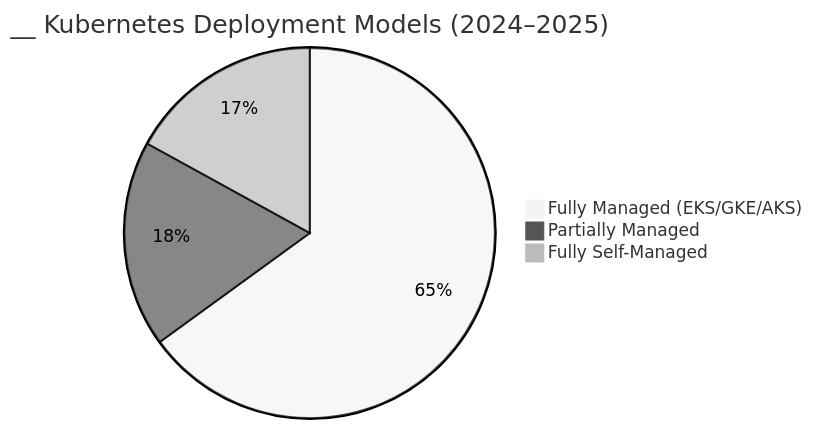
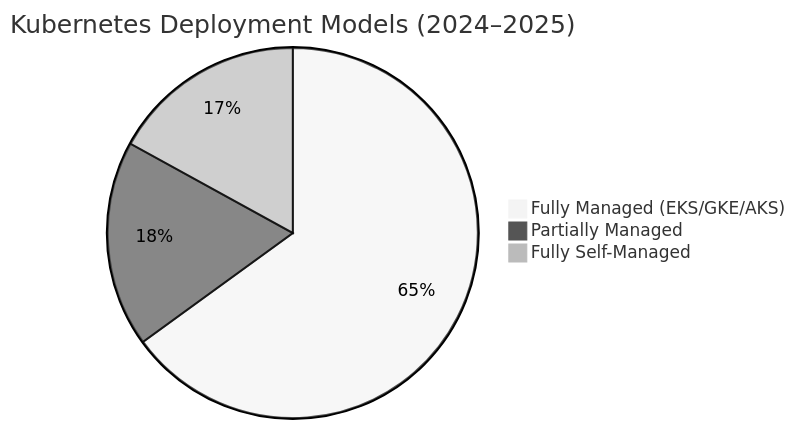
One commit to vtsarfin/platfrom-eng-pres changed the first of 3 diagrams in pe_slides_1.md. Above: the diagram before and after it, drawn with Mermaid (neutral theme). The commit also changed other lines of this file, not shown here.

````diff
--- a/pe_slides_1.md
+++ b/pe_slides_1.md
@@ -31,7 +30,7 @@
 ```mermaid
 pie
-    title  __ Kubernetes Deployment Models (2024–2025)
+    title  Kubernetes Deployment Models (2024–2025)
     "Fully Managed (EKS/GKE/AKS)" : 65
     "Partially Managed" : 18
     "Fully Self-Managed" : 17
 ```
````
